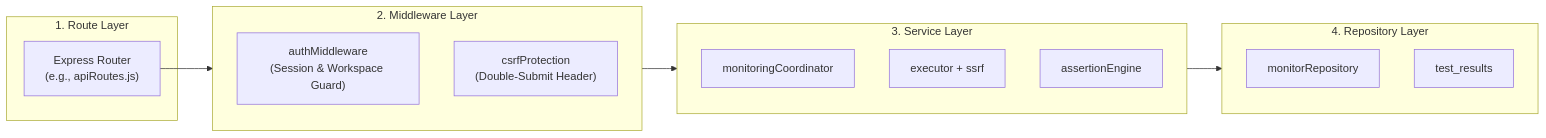
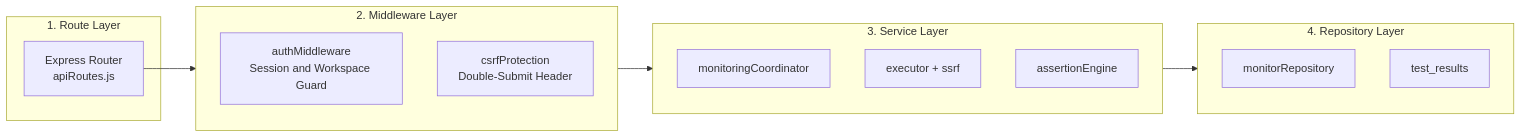
The diagram in docs/architecture/backend-components.md (ritesh0w0/APIDash), drawn with Mermaid before and after one commit. The commit also changed other lines of this file and 18 other files, not shown here.

Commit message:
fix(docs): resolve GitHub Mermaid parser syntax errors across all diagrams

````diff
--- a/docs/architecture/backend-components.md
+++ b/docs/architecture/backend-components.md
@@ -87,26 +87,26 @@
 ```mermaid
 graph LR
     subgraph Ingestion ["1. Route Layer"]
-        Router["Express Router<br/>(e.g., apiRoutes.js)"]
+        Router["Express Router<br/>apiRoutes.js"]
     end
 
     subgraph Security ["2. Middleware Layer"]
-        AuthMid["authMiddleware<br/>(Session & Workspace Guard)"]
-        CSRFMid["csrfProtection<br/>(Double-Submit Header)"]
+        AuthMid["authMiddleware<br/>Session and Workspace Guard"]
+        CSRFMid["csrfProtection<br/>Double-Submit Header"]
     end
 
     subgraph Domain ["3. Service Layer"]
         Coord["monitoringCoordinator"]
         Exec["executor + ssrf"]
         Assert["assertionEngine"]
     end
 
     subgraph Persistence ["4. Repository Layer"]
         MonRepo["monitorRepository"]
         ResRepo["test_results"]
     end
 
     Router --> Security
     Security --> Domain
     Domain --> Persistence
 ```
````
